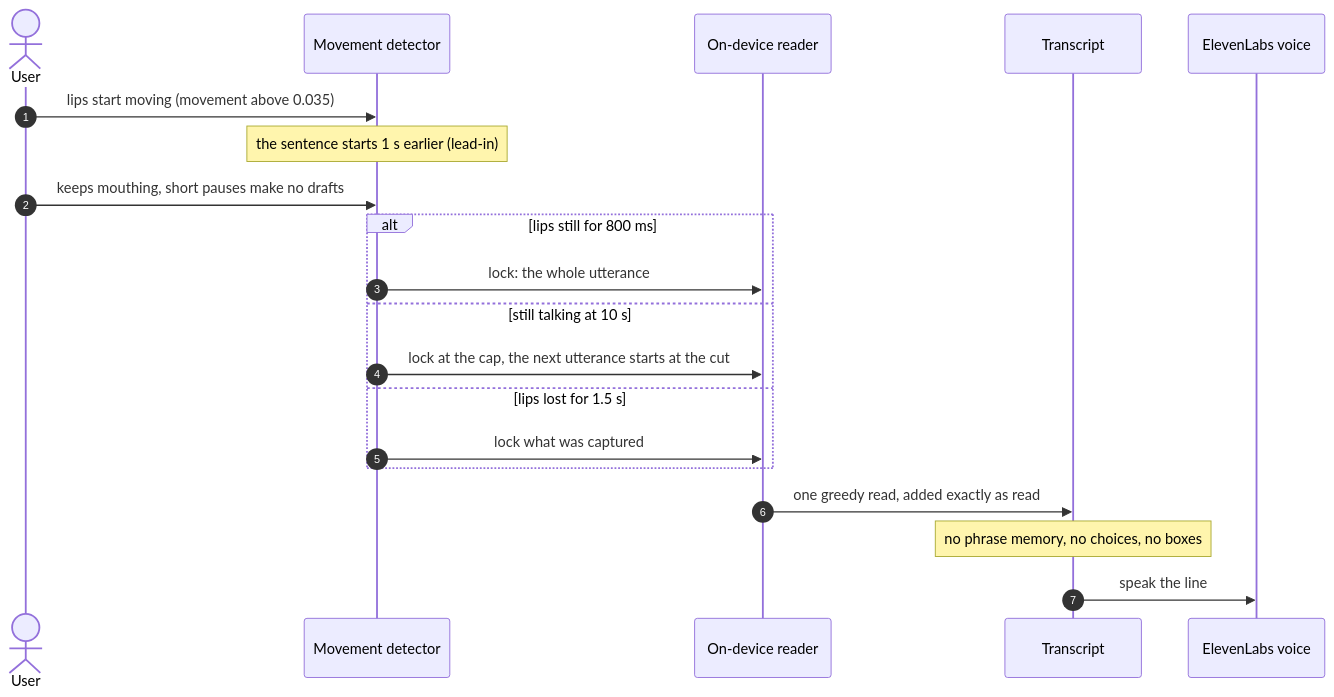
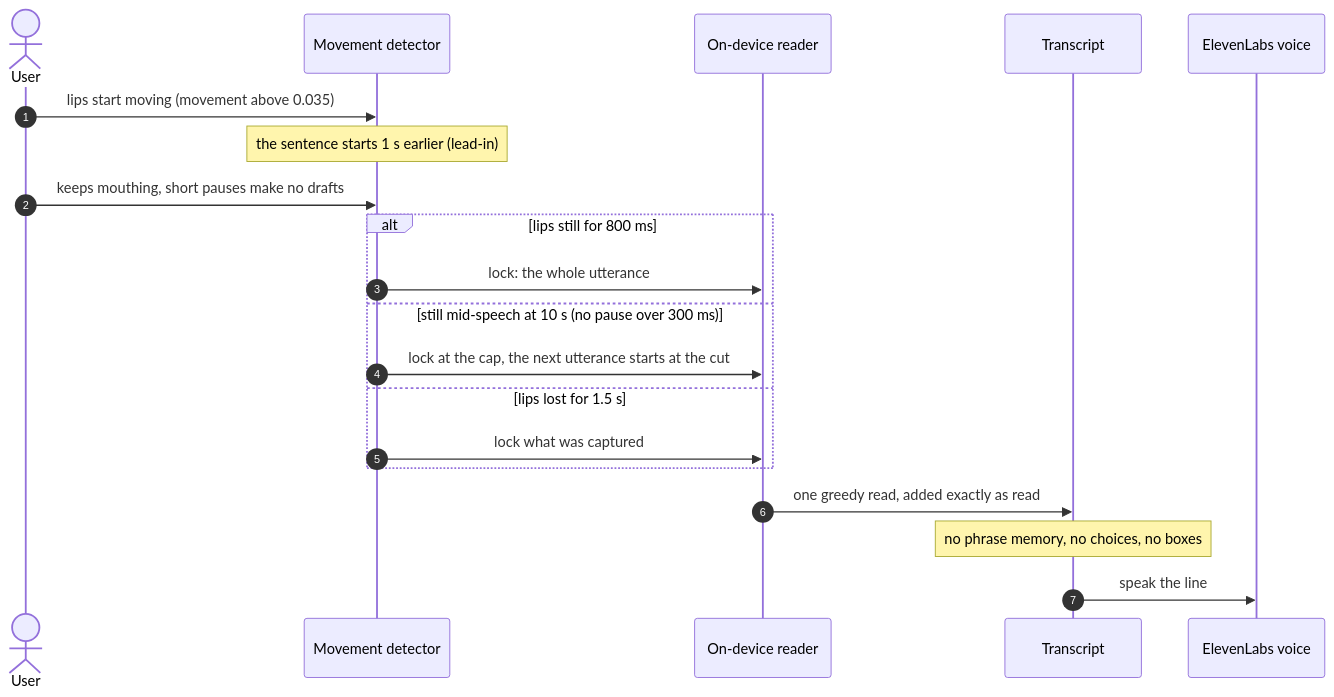
One commit to LMSAIH/stormhacks2026 changed the first of 3 diagrams in docs/architecture/modes.md. Above: the diagram before and after it, drawn with Mermaid. The commit also changed other lines of this file and 1 other file, not shown here.

First line of the commit message:
docs(architecture): pipeline and modes follow D82-D90

````diff
--- a/docs/architecture/modes.md
+++ b/docs/architecture/modes.md
@@ -10,22 +11,22 @@
 ```mermaid
 sequenceDiagram
   autonumber
   actor U as User
   participant D as Movement detector
   participant L as On-device reader
   participant T as Transcript
   participant V as ElevenLabs voice
   U->>D: lips start moving (movement above 0.035)
   Note over D: the sentence starts 1 s earlier (lead-in)
   U->>D: keeps mouthing, short pauses make no drafts
   alt lips still for 800 ms
     D->>L: lock: the whole utterance
-  else still talking at 10 s
+  else still mid-speech at 10 s (no pause over 300 ms)
     D->>L: lock at the cap, the next utterance starts at the cut
   else lips lost for 1.5 s
     D->>L: lock what was captured
   end
   L->>T: one greedy read, added exactly as read
   Note over T: no phrase memory, no choices, no boxes
   T->>V: speak the line
 ```
````
